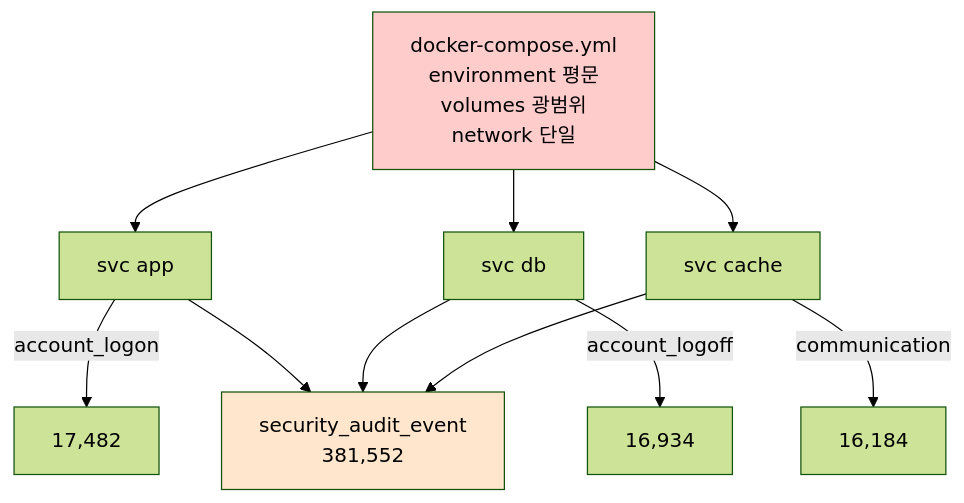
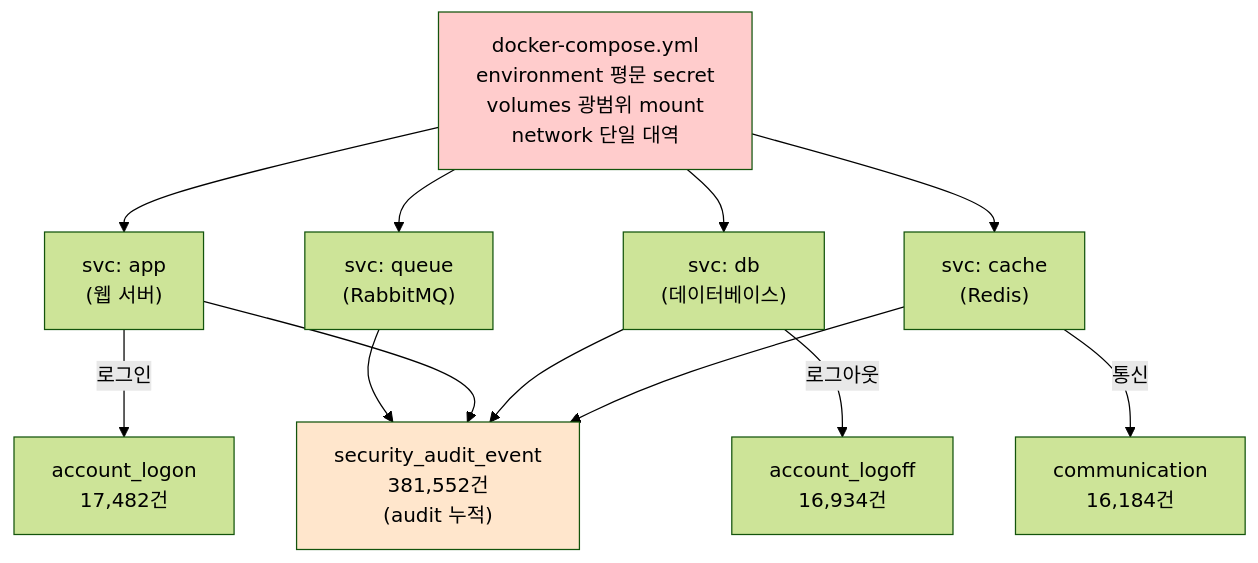
Before and after one commit to mrgrit/ccc: the diagram in contents/education/course6-cloud-container/week06/lecture.md, drawn with Mermaid (forest theme). The commit also changed other lines of this file and 12 other files, not shown here.

````diff
--- a/contents/education/course6-cloud-container/week06/lecture.md
+++ b/contents/education/course6-cloud-container/week06/lecture.md
@@ -532,16 +536,18 @@
 ```mermaid
 graph TB
-    YML["docker-compose.yml<br/>environment 평문<br/>volumes 광범위<br/>network 단일"]
-    YML --> S1[svc app]
-    YML --> S2[svc db]
-    YML --> S3[svc cache]
-    S1 -->|account_logon| AL[17,482]
-    S2 -->|account_logoff| AO[16,934]
-    S3 -->|communication| CM[16,184]
-    S1 --> AUDIT[security_audit_event<br/>381,552]
+    YML["docker-compose.yml<br/>environment 평문 secret<br/>volumes 광범위 mount<br/>network 단일 대역"]
+    YML --> S1["svc: app<br/>(웹 서버)"]
+    YML --> S2["svc: db<br/>(데이터베이스)"]
+    YML --> S3["svc: cache<br/>(Redis)"]
+    YML --> S4["svc: queue<br/>(RabbitMQ)"]
+    S1 -->|로그인| AL["account_logon<br/>17,482건"]
+    S2 -->|로그아웃| AO["account_logoff<br/>16,934건"]
+    S3 -->|통신| CM["communication<br/>16,184건"]
+    S4 --> AUDIT["security_audit_event<br/>381,552건<br/>(audit 누적)"]
+    S1 --> AUDIT
     S2 --> AUDIT
     S3 --> AUDIT
 
     style YML fill:#ffcccc
     style AUDIT fill:#ffe6cc
 ```
````
